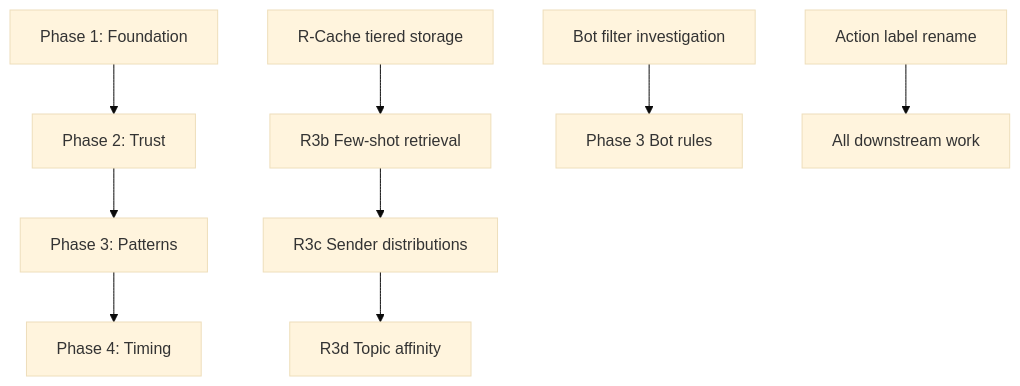
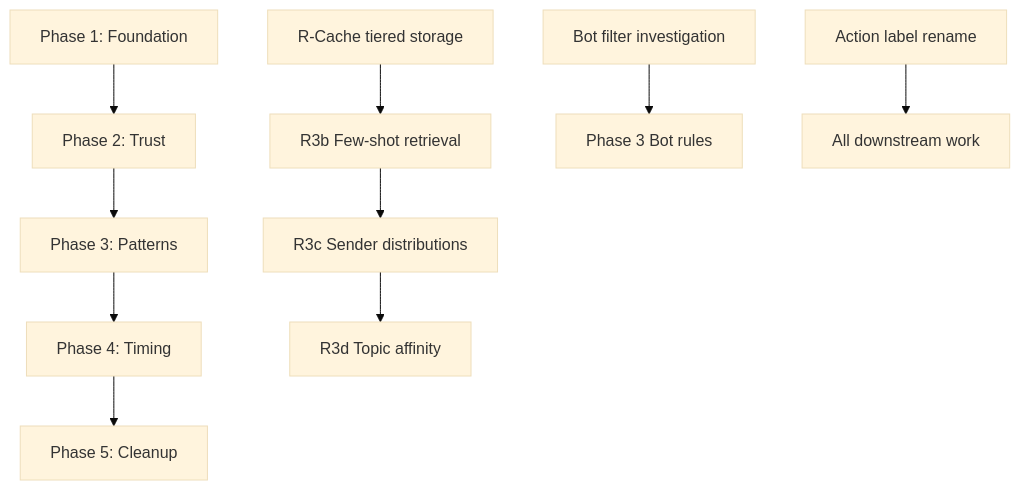
One commit to tekkno89/alfred-pa changed the diagram in .claude/plans/triage-v3.2/00-overview.md. Above: the diagram before and after it, drawn with Mermaid (base theme). The commit also changed other lines of this file and 13 other files, not shown here.

````diff
--- a/.claude/plans/triage-v3.2/00-overview.md
+++ b/.claude/plans/triage-v3.2/00-overview.md
@@ -26,14 +27,15 @@
 ```mermaid
 graph TD
     P1[Phase 1: Foundation] --> P2[Phase 2: Trust]
     P2 --> P3[Phase 3: Patterns]
     P3 --> P4[Phase 4: Timing]
+    P4 --> P5[Phase 5: Cleanup]
     
     R-Cache[R-Cache tiered storage] --> R3b[R3b Few-shot retrieval]
     R3b --> R3c[R3c Sender distributions]
     R3c --> R3d[R3d Topic affinity]
     
     BotInv[Bot filter investigation] --> BotRules[Phase 3 Bot rules]
     
     ActionLabels[Action label rename] --> AllPhases[All downstream work]
 ```
````
